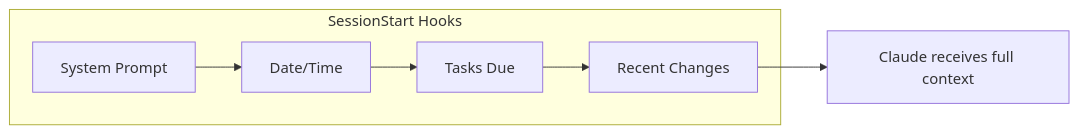
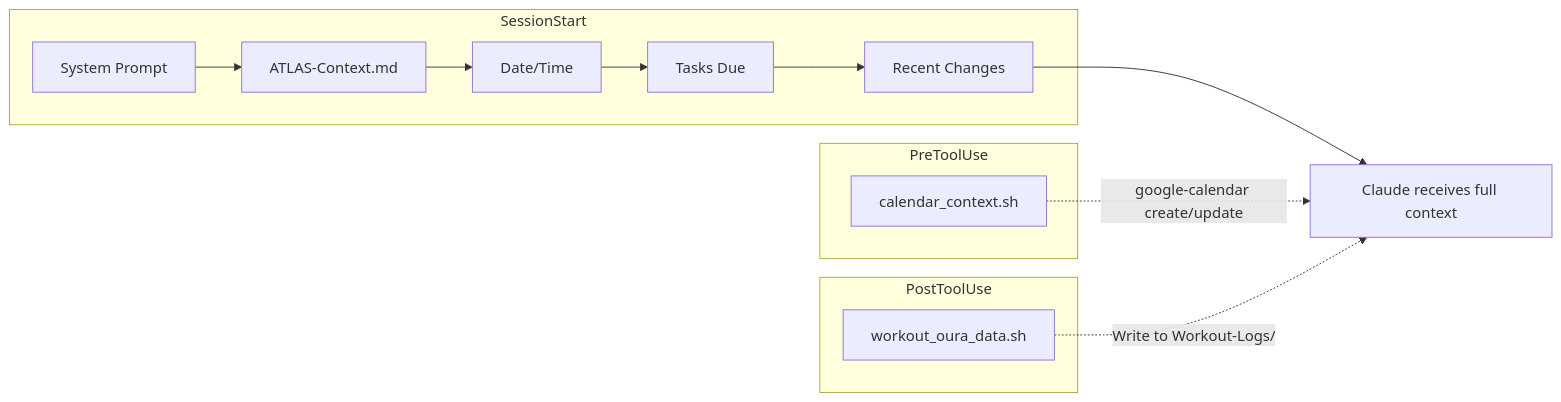
Before and after one commit to jamesmoon2/ATLAS-bot: the fourth of 5 diagrams in README.md, drawn with Mermaid. The commit also changed other lines of this file and 2 other files, not shown here.

First line of the commit message:
docs: update README, CHANGELOG, and add ROADMAP

````diff
--- a/README.md
+++ b/README.md
@@ -156,10 +228,21 @@
 ```mermaid
 flowchart LR
-    subgraph "SessionStart Hooks"
-        A[System Prompt] --> B[Date/Time]
-        B --> C[Tasks Due]
-        C --> D[Recent Changes]
+    subgraph "SessionStart"
+        A[System Prompt] --> B[ATLAS-Context.md]
+        B --> C[Date/Time]
+        C --> D[Tasks Due]
+        D --> E[Recent Changes]
     end
 
-    D --> E[Claude receives full context]
+    subgraph "PreToolUse"
+        F[calendar_context.sh]
+    end
+
+    subgraph "PostToolUse"
+        G[workout_oura_data.sh]
+    end
+
+    E --> H[Claude receives full context]
+    F -.->|google-calendar create/update| H
+    G -.->|Write to Workout-Logs/| H
 ```
````
